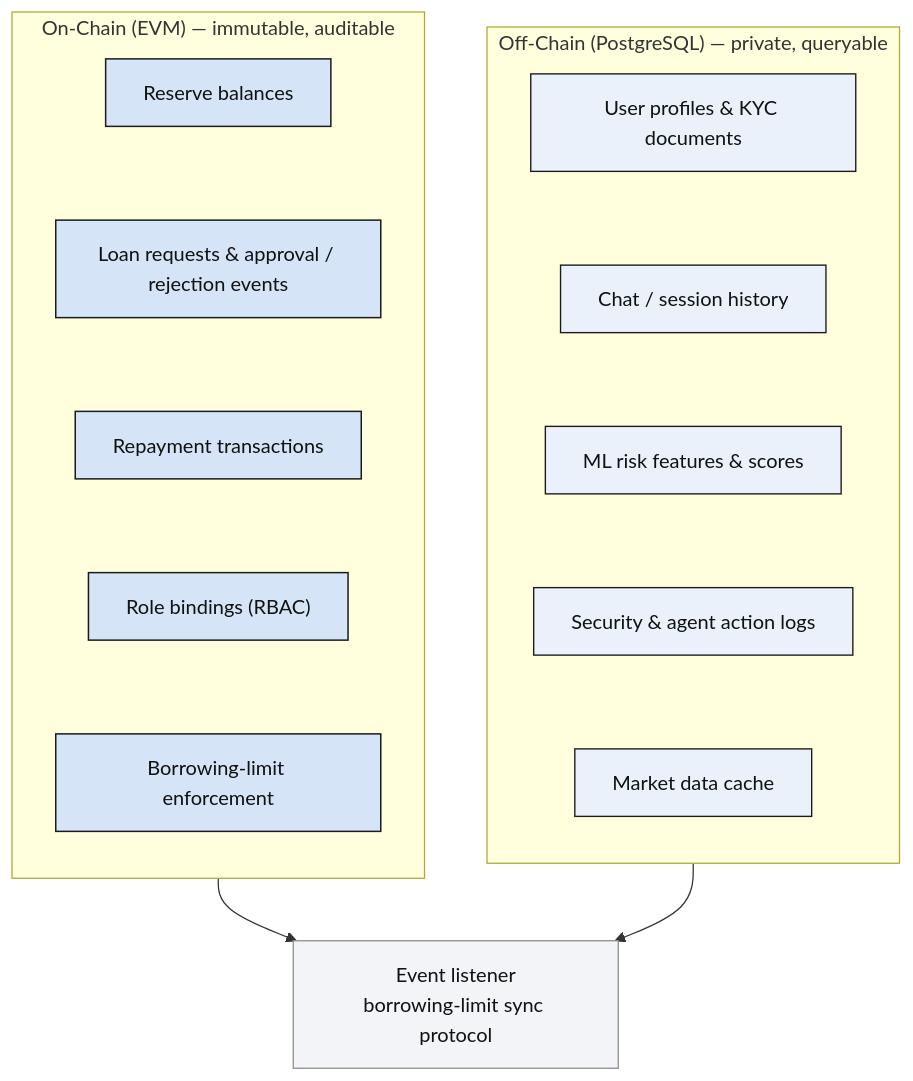
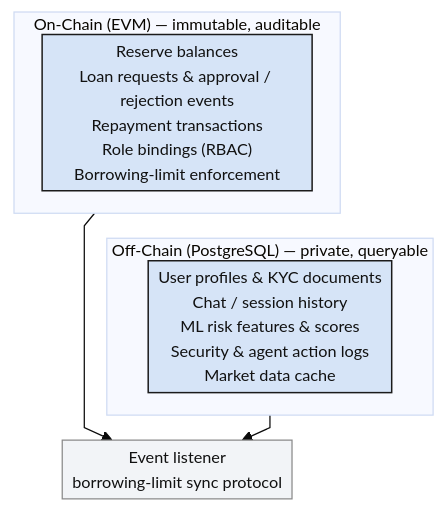
The diagram in Documentation/Pre Thesis -2 Documents/V35 /Diagrams/fig-data-partitioning.mmd (Yuvraajrahman/Cryto-World-Bank), drawn with Mermaid before and after one commit. The commit also changed 140 other files, not shown here.

```diff
--- a/Documentation/Pre Thesis -2 Documents/V35 /Diagrams/fig-data-partitioning.mmd
+++ b/Documentation/Pre Thesis -2 Documents/V35 /Diagrams/fig-data-partitioning.mmd
@@ -1,30 +1,22 @@
+%%{init: {"theme": "base", "flowchart": {"htmlLabels": true, "curve": "linear", "nodeSpacing": 16, "rankSpacing": 20, "padding": 4, "useMaxWidth": false}, "themeVariables": {"fontSize": "13px"}} }%%
 flowchart TB
+
   subgraph ON["On-Chain (EVM) &mdash; immutable, auditable"]
-    direction TB
-    O1["Reserve balances"]
-    O2["Loan requests &amp; approval / rejection events"]
-    O3["Repayment transactions"]
-    O4["Role bindings (RBAC)"]
-    O5["Borrowing-limit enforcement"]
-    O1 ~~~ O2 ~~~ O3 ~~~ O4 ~~~ O5
+    ONN["Reserve balances<br/>Loan requests &amp; approval / rejection events<br/>Repayment transactions<br/>Role bindings (RBAC)<br/>Borrowing-limit enforcement"]
   end
+
   subgraph OFF["Off-Chain (PostgreSQL) &mdash; private, queryable"]
-    direction TB
-    F1["User profiles &amp; KYC documents"]
-    F2["Chat / session history"]
-    F3["ML risk features &amp; scores"]
-    F4["Security &amp; agent action logs"]
-    F5["Market data cache"]
-    F1 ~~~ F2 ~~~ F3 ~~~ F4 ~~~ F5
+    OFFN["User profiles &amp; KYC documents<br/>Chat / session history<br/>ML risk features &amp; scores<br/>Security &amp; agent action logs<br/>Market data cache"]
   end
+
   SYNC["Event listener<br/>borrowing-limit sync protocol"]
 
+  ON ~~~ OFF
   ON --> SYNC
   OFF --> SYNC
 
   classDef apex fill:#D6E4F7,stroke:#1B1B1B,stroke-width:1.2px,color:#111111;
-  classDef mid fill:#EAF1FB,stroke:#1B1B1B,stroke-width:1.1px,color:#111111;
   classDef neutral fill:#F2F4F7,stroke:#8A8A8A,stroke-width:1px,color:#111111;
-  class O1,O2,O3,O4,O5 apex;
-  class F1,F2,F3,F4,F5 mid;
+  class ONN apex;
+  class OFFN apex;
   class SYNC neutral;
```
